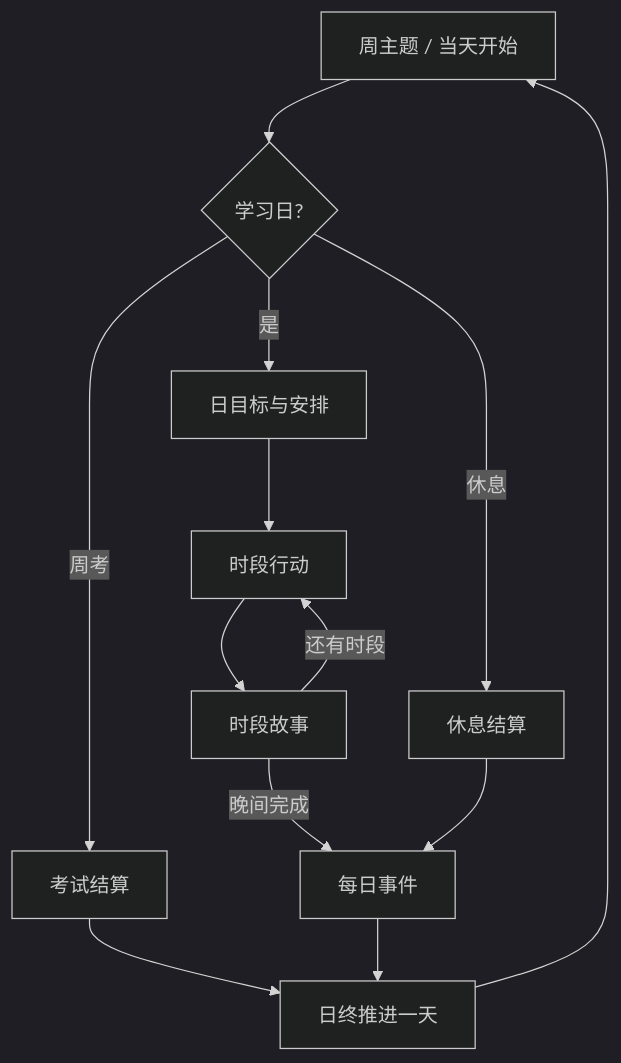
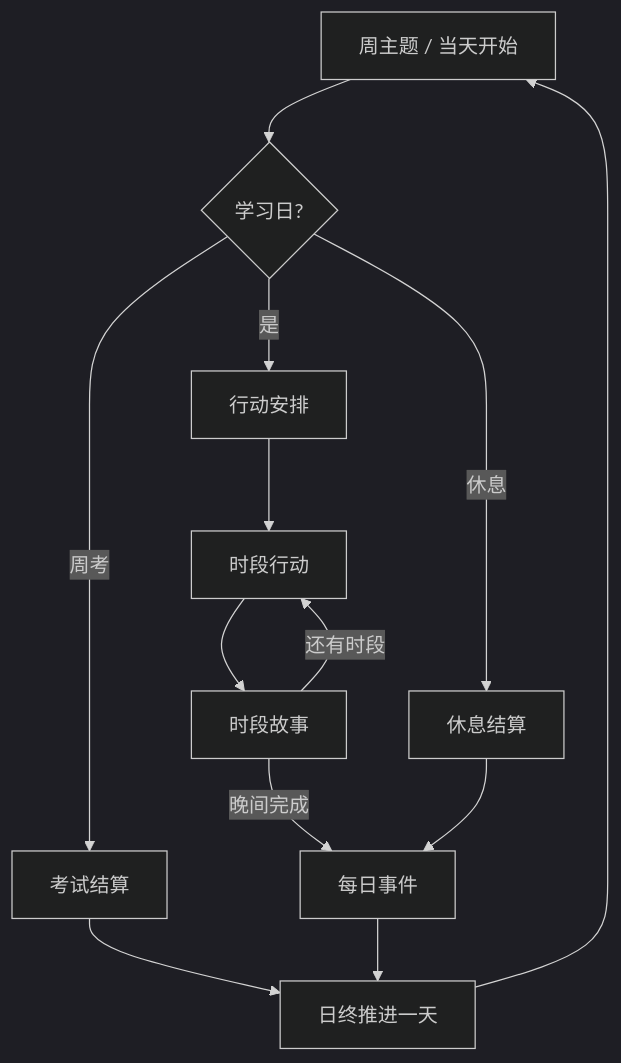
The second of 2 diagrams in docs/核心修复与地图NPC.md (MayC1337/Summer-MUD), drawn with Mermaid (dark theme) before and after one commit. The commit also changed other lines of this file and 7805 other files, not shown here.

````diff
--- a/docs/核心修复与地图NPC.md
+++ b/docs/核心修复与地图NPC.md
@@ -36,15 +38,15 @@
 ```mermaid
 flowchart TD
     A[周主题 / 当天开始] --> B{学习日?}
-    B -->|是| C[日目标与安排]
+    B -->|是| C[行动安排]
     C --> D[时段行动]
     D --> E[时段故事]
     E -->|还有时段| D
     E -->|晚间完成| F[每日事件]
     B -->|周考| G[考试结算]
     B -->|休息| H[休息结算]
     H --> F
     G --> I[日终推进一天]
     F --> I
     I --> A
 ```
````
